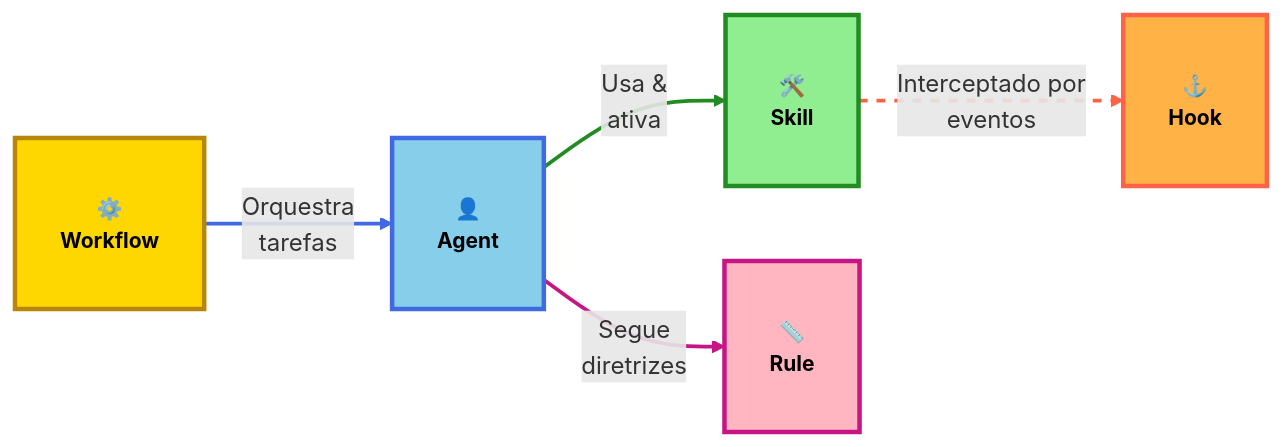
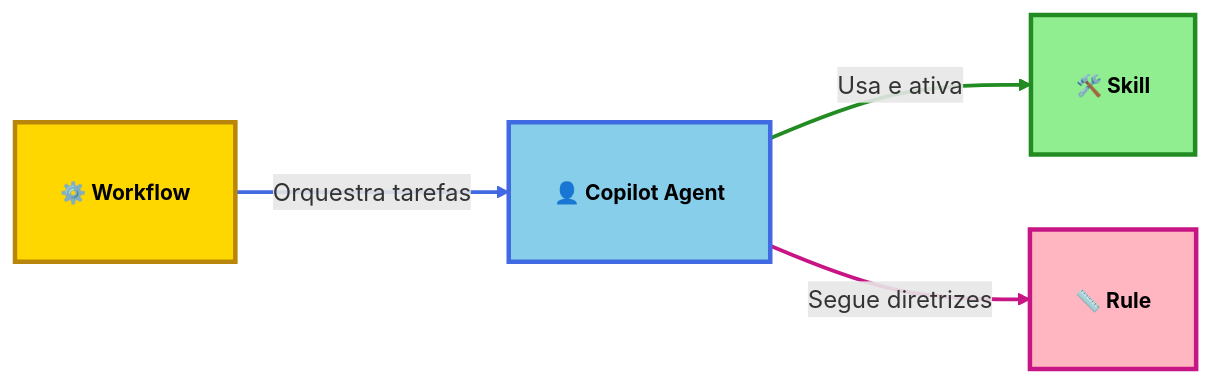
Before and after one commit to juninmd/skills: the diagram in apps/docs/src/index.md, drawn with Mermaid. The commit also changed other lines of this file and 161 other files, not shown here.

````diff
--- a/apps/docs/src/index.md
+++ b/apps/docs/src/index.md
@@ -338,34 +256,29 @@
 ```mermaid
 flowchart LR
   %% Nodes with icons and emojis
-  Workflow["⚙️<br/>Workflow"]
-  Agent["👤<br/>Agent"]
-  Skill["🛠️<br/>Skill"]
-  Rule["📏<br/>Rule"]
-  Hook["⚓<br/>Hook"]
+  Workflow["⚙️ Workflow"]
+  Agent["👤 Copilot Agent"]
+  Skill["🛠️ Skill"]
+  Rule["📏 Rule"]
 
   %% Edges with descriptive labels
-  Workflow -->|Orquestra<br/>tarefas| Agent
-  Agent -->|Usa &<br/>ativa| Skill
-  Agent -->|Segue<br/>diretrizes| Rule
-  Skill -->|Interceptado por<br/>eventos| Hook
+  Workflow -->|Orquestra tarefas| Agent
+  Agent -->|Usa e ativa| Skill
+  Agent -->|Segue diretrizes| Rule
 
   %% Enhanced styling with better contrast and padding
   classDef workflow fill:#FFD700,stroke:#B8860B,stroke-width:3px,color:#000,font-size:14px,font-weight:bold,padding:15px;
   classDef agent fill:#87CEEB,stroke:#4169E1,stroke-width:3px,color:#000,font-size:14px,font-weight:bold,padding:15px;
   classDef skill fill:#90EE90,stroke:#228B22,stroke-width:3px,color:#000,font-size:14px,font-weight:bold,padding:15px;
   classDef rule fill:#FFB6C1,stroke:#C71585,stroke-width:3px,color:#000,font-size:14px,font-weight:bold,padding:15px;
-  classDef hook fill:#FFB347,stroke:#FF6347,stroke-width:3px,color:#000,font-size:14px,font-weight:bold,padding:15px;
 
   class Workflow workflow
   class Agent agent
   class Skill skill
   class Rule rule
-  class Hook hook
 
   %% Enhanced link styles
   linkStyle 0 stroke:#4169E1,stroke-width:2.5px;
   linkStyle 1 stroke:#228B22,stroke-width:2.5px;
   linkStyle 2 stroke:#C71585,stroke-width:2.5px;
-  linkStyle 3 stroke:#FF6347,stroke-width:2.5px,stroke-dasharray:6;
 ```
````
